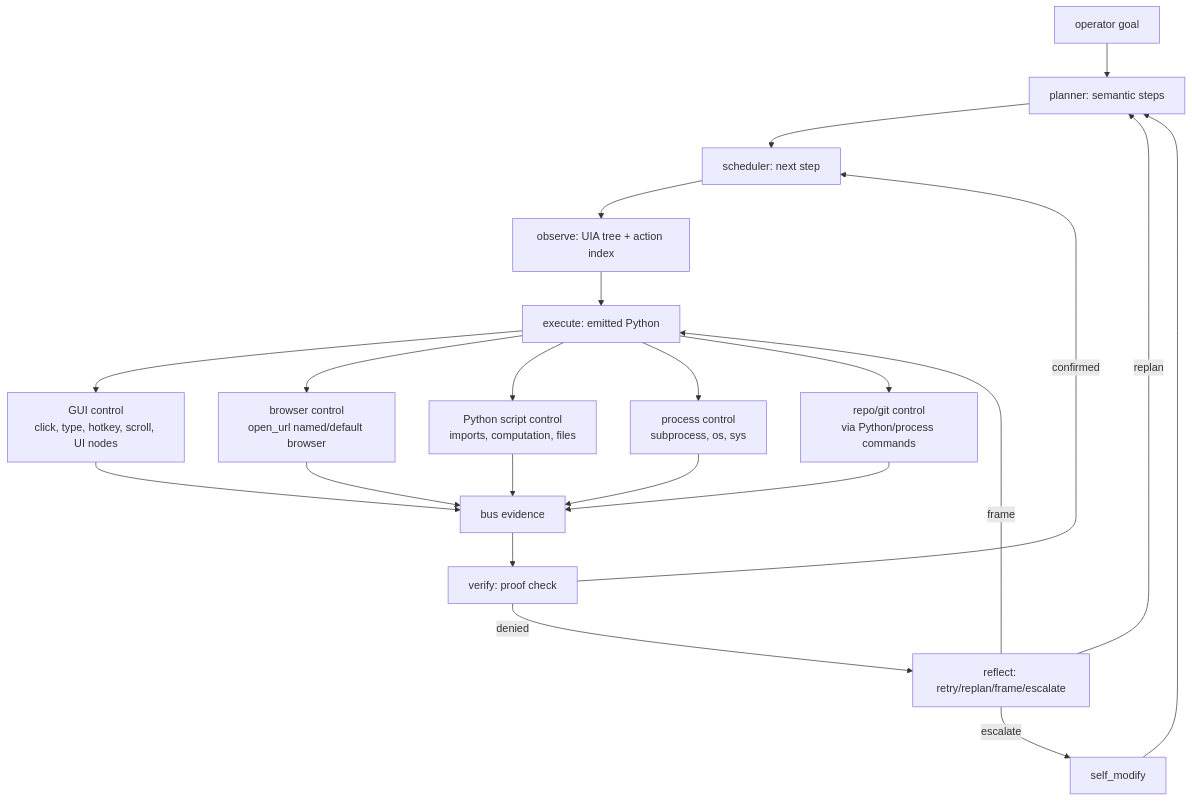
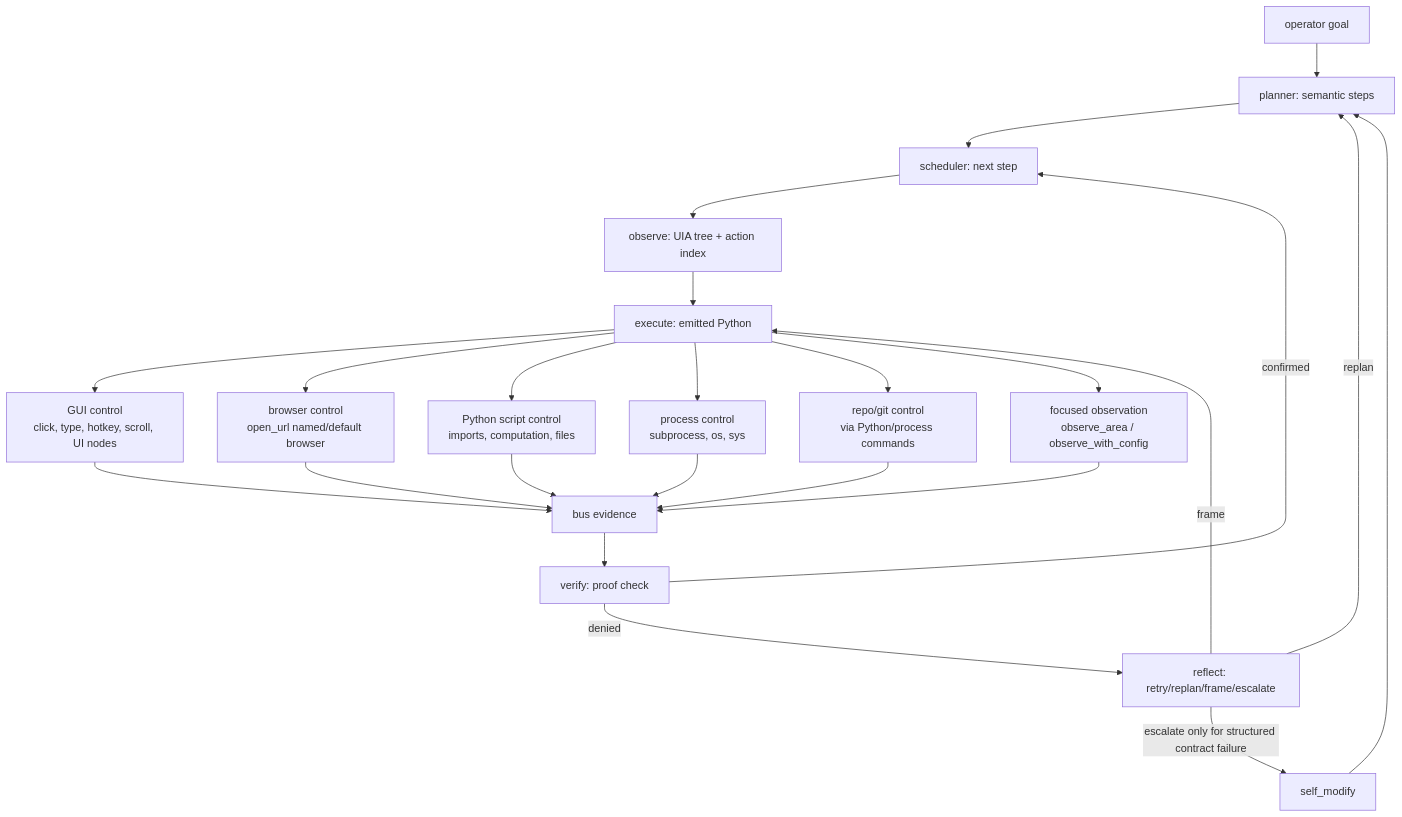
The first of 6 diagrams in README.md (wgabrys88/endgame-ai), drawn with Mermaid before and after one commit. The commit also changed other lines of this file and 11 other files, not shown here.

Commit message:
Apply V6 Bible Doctrine patch: enforce actor doctrine, structured failure routing, and self-modify surgery gate

````diff
--- a/README.md
+++ b/README.md
@@ -50,27 +57,29 @@
 ```mermaid
 flowchart TD
     Goal["operator goal"] --> Planner["planner: semantic steps"]
     Planner --> Scheduler["scheduler: next step"]
     Scheduler --> Observe["observe: UIA tree + action index"]
     Observe --> Execute["execute: emitted Python"]
 
     Execute --> GUI["GUI control\nclick, type, hotkey, scroll, UI nodes"]
     Execute --> Browser["browser control\nopen_url named/default browser"]
     Execute --> Script["Python script control\nimports, computation, files"]
     Execute --> Process["process control\nsubprocess, os, sys"]
     Execute --> Repo["repo/git control\nvia Python/process commands"]
+    Execute --> Focus["focused observation\nobserve_area / observe_with_config"]
 
     GUI --> Evidence["bus evidence"]
     Browser --> Evidence
     Script --> Evidence
     Process --> Evidence
     Repo --> Evidence
+    Focus --> Evidence
 
     Evidence --> Verify["verify: proof check"]
     Verify -->|confirmed| Scheduler
     Verify -->|denied| Reflect["reflect: retry/replan/frame/escalate"]
     Reflect -->|replan| Planner
     Reflect -->|frame| Execute
-    Reflect -->|escalate| SelfModify["self_modify"]
+    Reflect -->|escalate only for structured contract failure| SelfModify["self_modify"]
     SelfModify --> Planner
 ```
````
